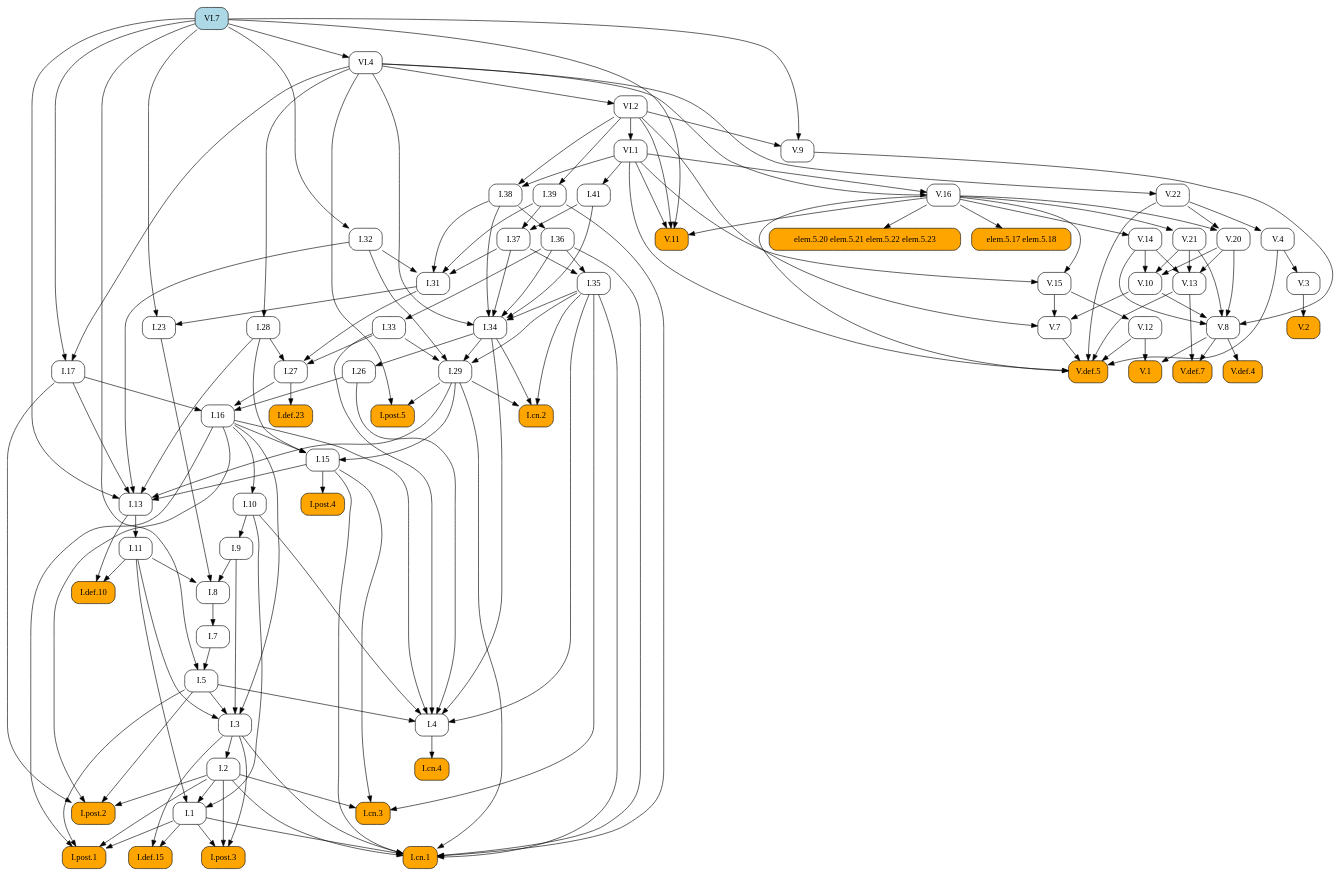
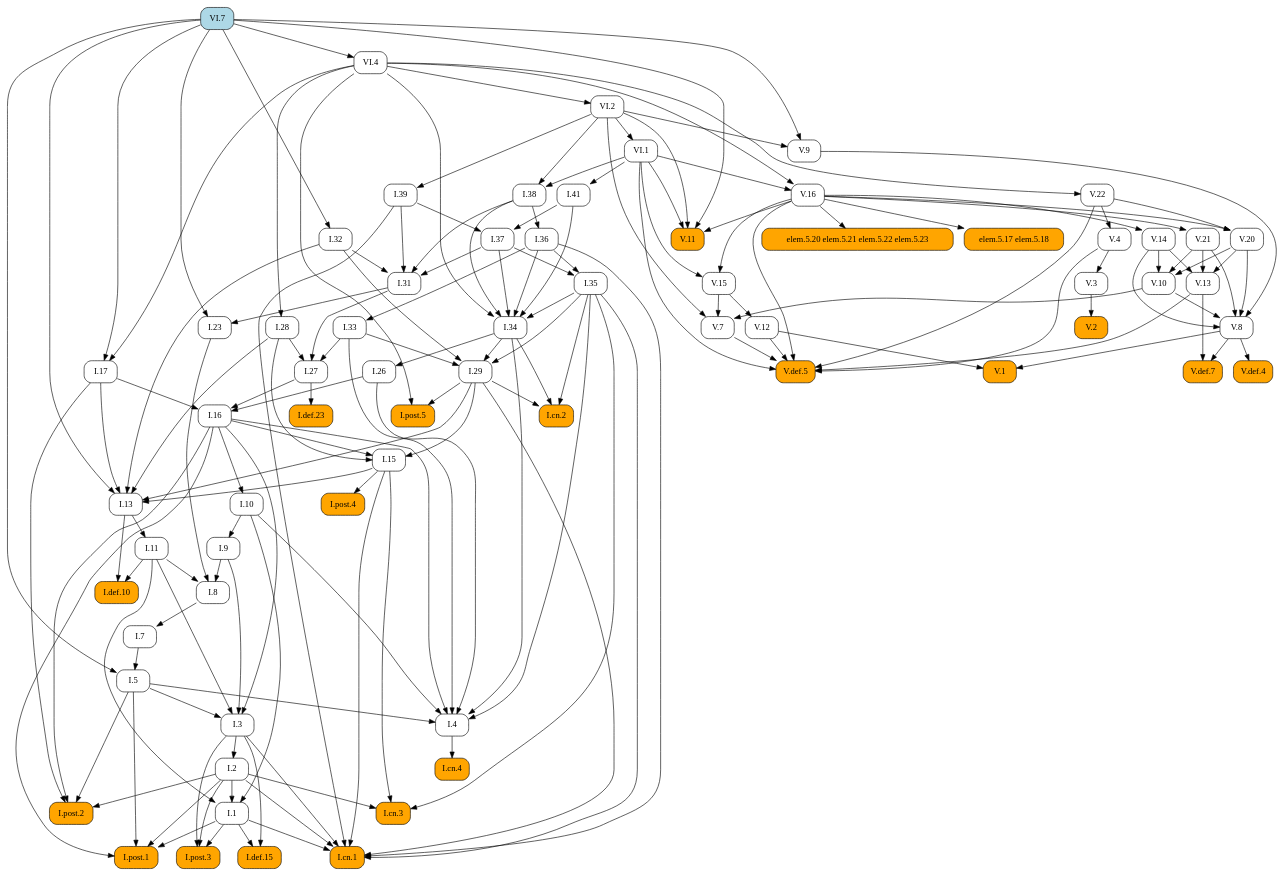
One commit to geometor/elements changed the diagram in docsrc/heath/VI/7/index.rst. Above: the diagram before and after it, drawn with Graphviz. The commit also changed other lines of this file and 484 other files, not shown here.

```diff
--- a/docsrc/heath/VI/7/index.rst
+++ b/docsrc/heath/VI/7/index.rst
@@ -87,81 +87,172 @@
    digraph {
      rankdir="TB";
      node [shape=box, style=rounded];
+     "I.23" [URL="/heath/I/23/", target="_top"];
+     "I.9" [URL="/heath/I/9/", target="_top"];
+     "I.def.15" [style="rounded,filled", fillcolor=orange, URL="/heath/I/def.15/", target="_top"];
+     "V.13" [URL="/heath/V/13/", target="_top"];
+     "V.7" [URL="/heath/V/7/", target="_top"];
+     "elem.5.17 elem.5.18" [style="rounded,filled", fillcolor=orange];
+     "I.post.1" [style="rounded,filled", fillcolor=orange, URL="/heath/I/post.1/", target="_top"];
+     "V.14" [URL="/heath/V/14/", target="_top"];
+     "V.9" [URL="/heath/V/9/", target="_top"];
+     "I.31" [URL="/heath/I/31/", target="_top"];
      "I.def.10" [style="rounded,filled", fillcolor=orange, URL="/heath/I/def.10/", target="_top"];
+     "V.10" [URL="/heath/V/10/", target="_top"];
+     "V.4" [URL="/heath/V/4/", target="_top"];
+     "VI.7" [style="rounded,filled", fillcolor=lightblue, URL="/heath/VI/7/", target="_top"];
+     "VI.1" [URL="/heath/VI/1/", target="_top"];
+     "I.39" [URL="/heath/I/39/", target="_top"];
+     "V.11" [style="rounded,filled", fillcolor=orange, URL="/heath/V/11/", target="_top"];
+     "I.34" [URL="/heath/I/34/", target="_top"];
+     "I.3" [URL="/heath/I/3/", target="_top"];
+     "V.def.4" [style="rounded,filled", fillcolor=orange, URL="/heath/V/def.4/", target="_top"];
+     "V.def.7" [style="rounded,filled", fillcolor=orange, URL="/heath/V/def.7/", target="_top"];
+     "I.2" [URL="/heath/I/2/", target="_top"];
+     "V.21" [URL="/heath/V/21/", target="_top"];
+     "V.3" [URL="/heath/V/3/", target="_top"];
+     "I.13" [URL="/heath/I/13/", target="_top"];
+     "I.post.4" [style="rounded,filled", fillcolor=orange, URL="/heath/I/post.4/", target="_top"];
+     "I.4" [URL="/heath/I/4/", target="_top"];
+     "I.1" [URL="/heath/I/1/", target="_top"];
+     "I.8" [URL="/heath/I/8/", target="_top"];
+     "I.17" [URL="/heath/I/17/", target="_top"];
+     "I.29" [URL="/heath/I/29/", target="_top"];
+     "V.8" [URL="/heath/V/8/", target="_top"];
+     "I.38" [URL="/heath/I/38/", target="_top"];
+     "I.15" [URL="/heath/I/15/", target="_top"];
+     "I.10" [URL="/heath/I/10/", target="_top"];
      "I.11" [URL="/heath/I/11/", target="_top"];
-     "I.post.4" [style="rounded,filled", fillcolor=orange, URL="/heath/I/post.4/", target="_top"];
-     "I.28" [URL="/heath/I/28/", target="_top"];
-     "I.1" [URL="/heath/I/1/", target="_top"];
+     "I.def.23" [style="rounded,filled", fillcolor=orange, URL="/heath/I/def.23/", target="_top"];
+     "VI.4" [URL="/heath/VI/4/", target="_top"];
+     "I.26" [URL="/heath/I/26/", target="_top"];
+     "V.16" [URL="/heath/V/16/", target="_top"];
+     "I.33" [URL="/heath/I/33/", target="_top"];
+     "I.32" [URL="/heath/I/32/", target="_top"];
+     "I.post.3" [style="rounded,filled", fillcolor=orange, URL="/heath/I/post.3/", target="_top"];
      "V.def.5" [style="rounded,filled", fillcolor=orange, URL="/heath/V/def.5/", target="_top"];
-     "V.13" [URL="/heath/V/13/", target="_top"];
-     "V.11" [style="rounded,filled", fillcolor=orange, URL="/heath/V/11/", target="_top"];
-     "I.post.3" [style="rounded,filled", fillcolor=orange, URL="/heath/I/post.3/", target="_top"];
-     "VI.1" [URL="/heath/VI/1/", target="_top"];
-     "I.cn.3" [style="rounded,filled", fillcolor=orange, URL="/heath/I/cn.3/", target="_top"];
-     "V.16" [URL="/heath/V/16/", target="_top"];
-     "VI.4" [URL="/heath/VI/4/", target="_top"];
-     "V.3" [URL="/heath/V/3/", target="_top"];
-     "V.8" [URL="/heath/V/8/", target="_top"];
      "I.27" [URL="/heath/I/27/", target="_top"];
-     "I.36" [URL="/heath/I/36/", target="_top"];
-     "I.41" [URL="/heath/I/41/", target="_top"];
-     "I.37" [URL="/heath/I/37/", target="_top"];
-     "I.34" [URL="/heath/I/34/", target="_top"];
-     "I.2" [URL="/heath/I/2/", target="_top"];
-     "I.def.23" [style="rounded,filled", fillcolor=orange, URL="/heath/I/def.23/", target="_top"];
-     "I.17" [URL="/heath/I/17/", target="_top"];
-     "I.33" [URL="/heath/I/33/", target="_top"];
-     "I.post.2" [style="rounded,filled", fillcolor=orange, URL="/heath/I/post.2/", target="_top"];
-     "elem.5.20 elem.5.21 elem.5.22 elem.5.23" [style="rounded,filled", fillcolor=orange];
-     "I.9" [URL="/heath/I/9/", target="_top"];
-     "I.32" [URL="/heath/I/32/", target="_top"];
-     "I.cn.4" [style="rounded,filled", fillcolor=orange, URL="/heath/I/cn.4/", target="_top"];
-     "V.def.4" [style="rounded,filled", fillcolor=orange, URL="/heath/V/def.4/", target="_top"];
-     "I.15" [URL="/heath/I/15/", target="_top"];
-     "I.38" [URL="/heath/I/38/", target="_top"];
-     "V.def.7" [style="rounded,filled", fillcolor=orange, URL="/heath/V/def.7/", target="_top"];
-     "I.5" [URL="/heath/I/5/", target="_top"];
-     "V.21" [URL="/heath/V/21/", target="_top"];
-     "I.39" [URL="/heath/I/39/", target="_top"];
-     "I.26" [URL="/heath/I/26/", target="_top"];
-     "V.14" [URL="/heath/V/14/", target="_top"];
-     "I.29" [URL="/heath/I/29/", target="_top"];
-     "V.22" [URL="/heath/V/22/", target="_top"];
+     "V.20" [URL="/heath/V/20/", target="_top"];
      "V.12" [URL="/heath/V/12/", target="_top"];
-     "I.cn.2" [style="rounded,filled", fillcolor=orange, URL="/heath/I/cn.2/", target="_top"];
-     "V.20" [URL="/heath/V/20/", target="_top"];
-     "V.10" [URL="/heath/V/10/", target="_top"];
-     "VI.2" [URL="/heath/VI/2/", target="_top"];
-     "I.def.15" [style="rounded,filled", fillcolor=orange, URL="/heath/I/def.15/", target="_top"];
-     "V.15" [URL="/heath/V/15/", target="_top"];
+     "V.2" [style="rounded,filled", fillcolor=orange, URL="/heath/V/2/", target="_top"];
      "I.cn.1" [style="rounded,filled", fillcolor=orange, URL="/heath/I/cn.1/", target="_top"];
-     "V.7" [URL="/heath/V/7/", target="_top"];
-     "V.9" [URL="/heath/V/9/", target="_top"];
-     "I.23" [URL="/heath/I/23/", target="_top"];
-     "I.post.1" [style="rounded,filled", fillcolor=orange, URL="/heath/I/post.1/", target="_top"];
      "I.35" [URL="/heath/I/35/", target="_top"];
      "I.7" [URL="/heath/I/7/", target="_top"];
-     "I.3" [URL="/heath/I/3/", target="_top"];
-     "VI.7" [style="rounded,filled", fillcolor=lightblue, URL="/heath/VI/7/", target="_top"];
-     "I.4" [URL="/heath/I/4/", target="_top"];
-     "I.13" [URL="/heath/I/13/", target="_top"];
-     "V.4" [URL="/heath/V/4/", target="_top"];
-     "I.31" [URL="/heath/I/31/", target="_top"];
+     "I.36" [URL="/heath/I/36/", target="_top"];
+     "I.5" [URL="/heath/I/5/", target="_top"];
+     "I.37" [URL="/heath/I/37/", target="_top"];
+     "I.cn.3" [style="rounded,filled", fillcolor=orange, URL="/heath/I/cn.3/", target="_top"];
+     "I.16" [URL="/heath/I/16/", target="_top"];
+     "V.22" [URL="/heath/V/22/", target="_top"];
      "V.1" [style="rounded,filled", fillcolor=orange, URL="/heath/V/1/", target="_top"];
-     "I.16" [URL="/heath/I/16/", target="_top"];
-     "elem.5.17 elem.5.18" [style="rounded,filled", fillcolor=orange];
-     "I.8" [URL="/heath/I/8/", target="_top"];
-     "V.2" [style="rounded,filled", fillcolor=orange, URL="/heath/V/2/", target="_top"];
+     "I.cn.2" [style="rounded,filled", fillcolor=orange, URL="/heath/I/cn.2/", target="_top"];
      "I.post.5" [style="rounded,filled", fillcolor=orange, URL="/heath/I/post.5/", target="_top"];
-     "I.10" [URL="/heath/I/10/", target="_top"];
+     "I.28" [URL="/heath/I/28/", target="_top"];
+     "VI.2" [URL="/heath/VI/2/", target="_top"];
+     "I.cn.4" [style="rounded,filled", fillcolor=orange, URL="/heath/I/cn.4/", target="_top"];
+     "I.post.2" [style="rounded,filled", fillcolor=orange, URL="/heath/I/post.2/", target="_top"];
+     "V.15" [URL="/heath/V/15/", target="_top"];
+     "I.41" [URL="/heath/I/41/", target="_top"];
+     "elem.5.20 elem.5.21 elem.5.22 elem.5.23" [style="rounded,filled", fillcolor=orange];
+     "I.31" -> "I.23";
+     "VI.7" -> "I.23";
+     "I.10" -> "I.9";
+     "I.1" -> "I.def.15";
+     "I.3" -> "I.def.15";
+     "V.14" -> "V.13";
+     "V.20" -> "V.13";
+     "V.21" -> "V.13";
+     "V.10" -> "V.7";
+     "V.15" -> "V.7";
+     "VI.2" -> "V.7";
+     "V.16" -> "elem.5.17 elem.5.18";
+     "I.1" -> "I.post.1";
+     "I.2" -> "I.post.1";
+     "I.5" -> "I.post.1";
+     "I.16" -> "I.post.1";
+     "V.16" -> "V.14";
+     "VI.2" -> "V.9";
+     "VI.7" -> "V.9";
+     "I.32" -> "I.31";
+     "I.37" -> "I.31";
+     "I.38" -> "I.31";
+     "I.39" -> "I.31";
      "I.11" -> "I.def.10";
      "I.13" -> "I.def.10";
-     "I.13" -> "I.11";
+     "V.14" -> "V.10";
+     "V.20" -> "V.10";
+     "V.21" -> "V.10";
+     "V.22" -> "V.4";
+     "VI.2" -> "VI.1";
+     "VI.2" -> "I.39";
+     "V.16" -> "V.11";
+     "VI.1" -> "V.11";
+     "VI.2" -> "V.11";
+     "VI.7" -> "V.11";
+     "I.35" -> "I.34";
+     "I.36" -> "I.34";
+     "I.37" -> "I.34";
+     "I.38" -> "I.34";
+     "I.41" -> "I.34";
+     "VI.4" -> "I.34";
+     "I.5" -> "I.3";
+     "I.9" -> "I.3";
+     "I.11" -> "I.3";
+     "I.16" -> "I.3";
+     "V.8" -> "V.def.4";
+     "V.8" -> "V.def.7";
+     "V.13" -> "V.def.7";
+     "I.3" -> "I.2";
+     "V.16" -> "V.21";
+     "V.4" -> "V.3";
+     "I.15" -> "I.13";
+     "I.17" -> "I.13";
+     "I.28" -> "I.13";
+     "I.29" -> "I.13";
+     "I.32" -> "I.13";
+     "VI.7" -> "I.13";
      "I.15" -> "I.post.4";
-     "VI.4" -> "I.28";
+     "I.5" -> "I.4";
+     "I.10" -> "I.4";
+     "I.16" -> "I.4";
+     "I.26" -> "I.4";
+     "I.33" -> "I.4";
+     "I.34" -> "I.4";
+     "I.35" -> "I.4";
      "I.2" -> "I.1";
      "I.10" -> "I.1";
      "I.11" -> "I.1";
+     "I.9" -> "I.8";
+     "I.11" -> "I.8";
+     "I.23" -> "I.8";
+     "VI.4" -> "I.17";
+     "VI.7" -> "I.17";
+     "I.32" -> "I.29";
+     "I.33" -> "I.29";
+     "I.34" -> "I.29";
+     "I.35" -> "I.29";
+     "V.9" -> "V.8";
+     "V.10" -> "V.8";
+     "V.14" -> "V.8";
+     "V.20" -> "V.8";
+     "V.21" -> "V.8";
+     "VI.1" -> "I.38";
+     "VI.2" -> "I.38";
+     "I.16" -> "I.15";
+     "I.28" -> "I.15";
+     "I.29" -> "I.15";
+     "I.16" -> "I.10";
+     "I.13" -> "I.11";
+     "I.27" -> "I.def.23";
+     "VI.7" -> "VI.4";
+     "I.34" -> "I.26";
+     "VI.1" -> "V.16";
+     "VI.4" -> "V.16";
+     "I.36" -> "I.33";
+     "VI.7" -> "I.32";
+     "I.1" -> "I.post.3";
+     "I.2" -> "I.post.3";
+     "I.3" -> "I.post.3";
      "V.4" -> "V.def.5";
      "V.7" -> "V.def.5";
      "V.12" -> "V.def.5";
@@ -169,88 +260,13 @@
      "V.16" -> "V.def.5";
      "V.22" -> "V.def.5";
      "VI.1" -> "V.def.5";
-     "V.14" -> "V.13";
-     "V.20" -> "V.13";
-     "V.21" -> "V.13";
-     "V.16" -> "V.11";
-     "VI.1" -> "V.11";
-     "VI.2" -> "V.11";
-     "VI.7" -> "V.11";
-     "I.1" -> "I.post.3";
-     "I.2" -> "I.post.3";
-     "I.3" -> "I.post.3";
-     "VI.2" -> "VI.1";
-     "I.2" -> "I.cn.3";
-     "I.15" -> "I.cn.3";
-     "I.35" -> "I.cn.3";
-     "VI.1" -> "V.16";
-     "VI.4" -> "V.16";
-     "VI.7" -> "VI.4";
-     "V.4" -> "V.3";
-     "V.9" -> "V.8";
-     "V.10" -> "V.8";
-     "V.14" -> "V.8";
-     "V.20" -> "V.8";
-     "V.21" -> "V.8";
      "I.28" -> "I.27";
      "I.31" -> "I.27";
      "I.33" -> "I.27";
-     "I.38" -> "I.36";
-     "VI.1" -> "I.41";
-     "I.39" -> "I.37";
-     "I.41" -> "I.37";
-     "I.35" -> "I.34";
-     "I.36" -> "I.34";
-     "I.37" -> "I.34";
-     "I.38" -> "I.34";
-     "I.41" -> "I.34";
-     "VI.4" -> "I.34";
-     "I.3" -> "I.2";
-     "I.27" -> "I.def.23";
-     "VI.4" -> "I.17";
-     "VI.7" -> "I.17";
-     "I.36" -> "I.33";
-     "I.2" -> "I.post.2";
-     "I.5" -> "I.post.2";
-     "I.16" -> "I.post.2";
-     "I.17" -> "I.post.2";
-     "V.16" -> "elem.5.20 elem.5.21 elem.5.22 elem.5.23";
-     "I.10" -> "I.9";
-     "VI.7" -> "I.32";
-     "I.4" -> "I.cn.4";
-     "V.8" -> "V.def.4";
-     "I.16" -> "I.15";
-     "I.28" -> "I.15";
-     "I.29" -> "I.15";
-     "VI.1" -> "I.38";
-     "VI.2" -> "I.38";
-     "V.8" -> "V.def.7";
-     "V.13" -> "V.def.7";
-     "I.7" -> "I.5";
-     "VI.7" -> "I.5";
-     "V.16" -> "V.21";
-     "VI.2" -> "I.39";
-     "I.34" -> "I.26";
-     "V.16" -> "V.14";
-     "I.32" -> "I.29";
-     "I.33" -> "I.29";
-     "I.34" -> "I.29";
-     "I.35" -> "I.29";
-     "VI.4" -> "V.22";
-     "V.15" -> "V.12";
-     "I.29" -> "I.cn.2";
-     "I.34" -> "I.cn.2";
-     "I.35" -> "I.cn.2";
      "V.16" -> "V.20";
      "V.22" -> "V.20";
-     "V.14" -> "V.10";
-     "V.20" -> "V.10";
-     "V.21" -> "V.10";
-     "VI.4" -> "VI.2";
-     "I.1" -> "I.def.15";
-     "I.3" -> "I.def.15";
-     "V.16" -> "V.15";
-     "VI.1" -> "V.15";
+     "V.15" -> "V.12";
+     "V.3" -> "V.2";
      "I.1" -> "I.cn.1";
      "I.2" -> "I.cn.1";
      "I.3" -> "I.cn.1";
@@ -259,53 +275,37 @@
      "I.35" -> "I.cn.1";
      "I.36" -> "I.cn.1";
      "I.39" -> "I.cn.1";
-     "V.10" -> "V.7";
-     "V.15" -> "V.7";
-     "VI.2" -> "V.7";
-     "VI.2" -> "V.9";
-     "VI.7" -> "V.9";
-     "I.31" -> "I.23";
-     "VI.7" -> "I.23";
-     "I.1" -> "I.post.1";
-     "I.2" -> "I.post.1";
-     "I.5" -> "I.post.1";
-     "I.16" -> "I.post.1";
      "I.36" -> "I.35";
      "I.37" -> "I.35";
      "I.8" -> "I.7";
-     "I.5" -> "I.3";
-     "I.9" -> "I.3";
-     "I.11" -> "I.3";
-     "I.16" -> "I.3";
-     "I.5" -> "I.4";
-     "I.10" -> "I.4";
-     "I.16" -> "I.4";
-     "I.26" -> "I.4";
-     "I.33" -> "I.4";
-     "I.34" -> "I.4";
-     "I.35" -> "I.4";
-     "I.15" -> "I.13";
-     "I.17" -> "I.13";
-     "I.28" -> "I.13";
-     "I.29" -> "I.13";
-     "I.32" -> "I.13";
-     "VI.7" -> "I.13";
-     "V.22" -> "V.4";
-     "I.32" -> "I.31";
-     "I.37" -> "I.31";
-     "I.38" -> "I.31";
-     "I.39" -> "I.31";
-     "V.8" -> "V.1";
-     "V.12" -> "V.1";
+     "I.38" -> "I.36";
+     "I.7" -> "I.5";
+     "VI.7" -> "I.5";
+     "I.39" -> "I.37";
+     "I.41" -> "I.37";
+     "I.2" -> "I.cn.3";
+     "I.15" -> "I.cn.3";
+     "I.35" -> "I.cn.3";
      "I.17" -> "I.16";
      "I.26" -> "I.16";
      "I.27" -> "I.16";
-     "V.16" -> "elem.5.17 elem.5.18";
-     "I.9" -> "I.8";
-     "I.11" -> "I.8";
-     "I.23" -> "I.8";
-     "V.3" -> "V.2";
+     "VI.4" -> "V.22";
+     "V.8" -> "V.1";
+     "V.12" -> "V.1";
+     "I.29" -> "I.cn.2";
+     "I.34" -> "I.cn.2";
+     "I.35" -> "I.cn.2";
      "I.29" -> "I.post.5";
      "VI.4" -> "I.post.5";
-     "I.16" -> "I.10";
+     "VI.4" -> "I.28";
+     "VI.4" -> "VI.2";
+     "I.4" -> "I.cn.4";
+     "I.2" -> "I.post.2";
+     "I.5" -> "I.post.2";
+     "I.16" -> "I.post.2";
+     "I.17" -> "I.post.2";
+     "V.16" -> "V.15";
+     "VI.1" -> "V.15";
+     "VI.1" -> "I.41";
+     "V.16" -> "elem.5.20 elem.5.21 elem.5.22 elem.5.23";
    }
```
